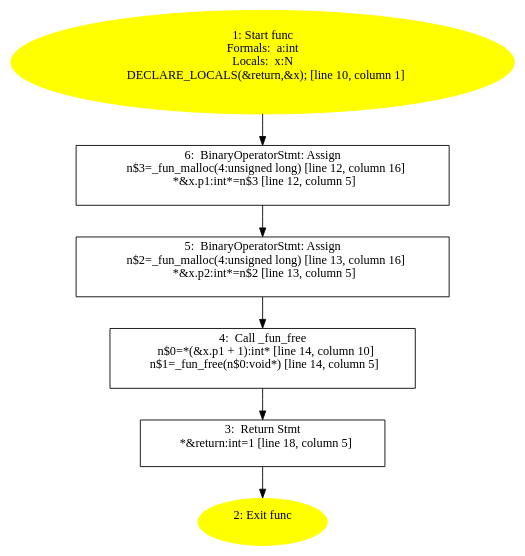
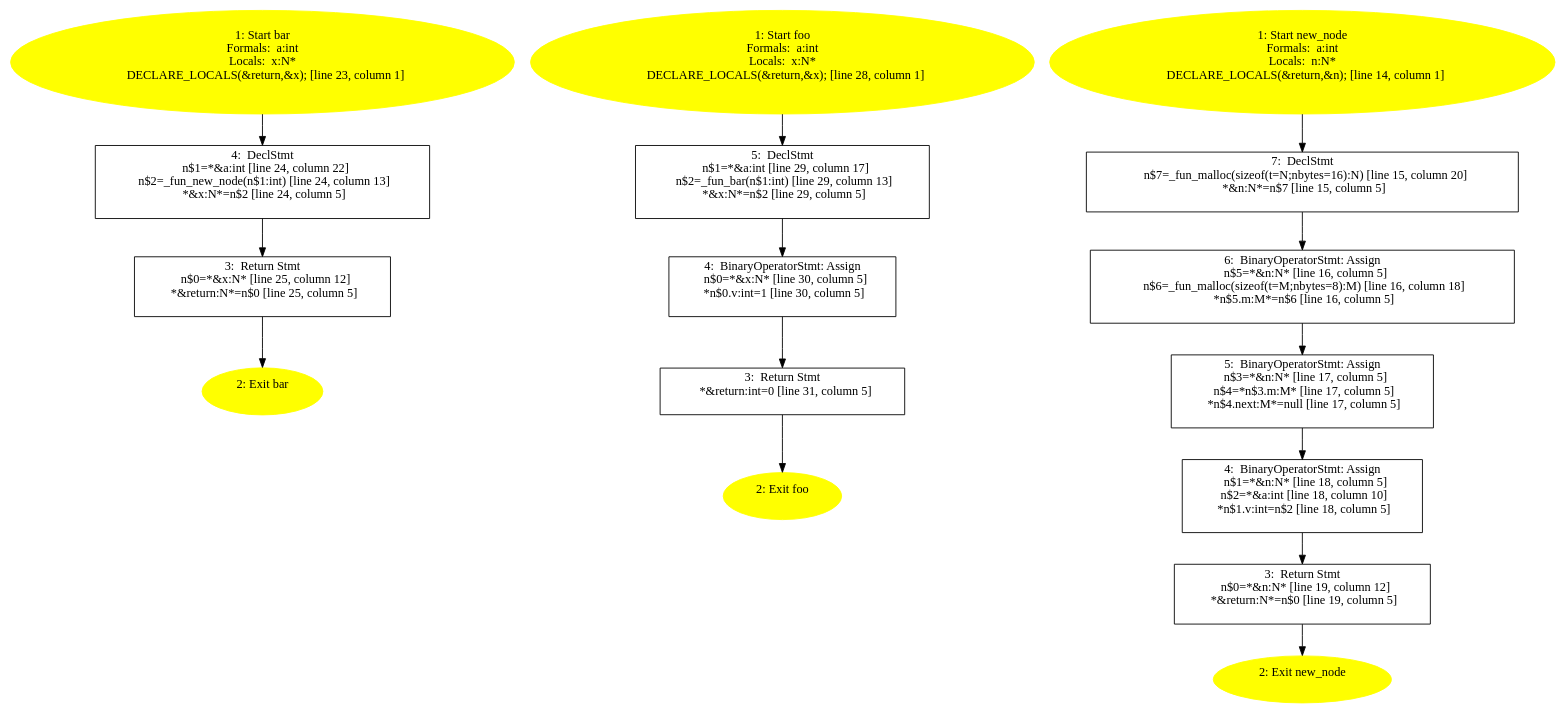
One commit to QIANZECHANG/MyResearch changed the diagram in synthesis_program/test3/infer-out/captured/infer.c.a09d2ebaccee92b3d3a91f3dbe3284ad/icfg.dot. Above: the diagram before and after it, drawn with Graphviz. The commit also changed 552 other files, not shown here.

```diff
--- a/synthesis_program/test3/infer-out/captured/infer.c.a09d2ebaccee92b3d3a91f3dbe3284ad/icfg.dot
+++ b/synthesis_program/test3/infer-out/captured/infer.c.a09d2ebaccee92b3d3a91f3dbe3284ad/icfg.dot
@@ -1,26 +1,64 @@
 /* @generated */
 digraph cfg {
-"func.7df4935f4a5a2865191ef74f64df8754_1" [label="1: Start func\nFormals:  a:int\nLocals:  x:N \n   DECLARE_LOCALS(&return,&x); [line 10, column 1]\n " color=yellow style=filled]
+"bar.37b51d194a7513e45b56f6524f2d51f2_1" [label="1: Start bar\nFormals:  a:int\nLocals:  x:N* \n   DECLARE_LOCALS(&return,&x); [line 23, column 1]\n " color=yellow style=filled]
 	
 
-	 "func.7df4935f4a5a2865191ef74f64df8754_1" -> "func.7df4935f4a5a2865191ef74f64df8754_6" ;
-"func.7df4935f4a5a2865191ef74f64df8754_2" [label="2: Exit func \n  " color=yellow style=filled]
+	 "bar.37b51d194a7513e45b56f6524f2d51f2_1" -> "bar.37b51d194a7513e45b56f6524f2d51f2_4" ;
+"bar.37b51d194a7513e45b56f6524f2d51f2_2" [label="2: Exit bar \n  " color=yellow style=filled]
 	
 
-"func.7df4935f4a5a2865191ef74f64df8754_3" [label="3:  Return Stmt \n   *&return:int=1 [line 18, column 5]\n " shape="box"]
+"bar.37b51d194a7513e45b56f6524f2d51f2_3" [label="3:  Return Stmt \n   n$0=*&x:N* [line 25, column 12]\n  *&return:N*=n$0 [line 25, column 5]\n " shape="box"]
 	
 
-	 "func.7df4935f4a5a2865191ef74f64df8754_3" -> "func.7df4935f4a5a2865191ef74f64df8754_2" ;
-"func.7df4935f4a5a2865191ef74f64df8754_4" [label="4:  Call _fun_free \n   n$0=*(&x.p1 + 1):int* [line 14, column 10]\n  n$1=_fun_free(n$0:void*) [line 14, column 5]\n " shape="box"]
+	 "bar.37b51d194a7513e45b56f6524f2d51f2_3" -> "bar.37b51d194a7513e45b56f6524f2d51f2_2" ;
+"bar.37b51d194a7513e45b56f6524f2d51f2_4" [label="4:  DeclStmt \n   n$1=*&a:int [line 24, column 22]\n  n$2=_fun_new_node(n$1:int) [line 24, column 13]\n  *&x:N*=n$2 [line 24, column 5]\n " shape="box"]
 	
 
-	 "func.7df4935f4a5a2865191ef74f64df8754_4" -> "func.7df4935f4a5a2865191ef74f64df8754_3" ;
-"func.7df4935f4a5a2865191ef74f64df8754_5" [label="5:  BinaryOperatorStmt: Assign \n   n$2=_fun_malloc(4:unsigned long) [line 13, column 16]\n  *&x.p2:int*=n$2 [line 13, column 5]\n " shape="box"]
+	 "bar.37b51d194a7513e45b56f6524f2d51f2_4" -> "bar.37b51d194a7513e45b56f6524f2d51f2_3" ;
+"foo.acbd18db4cc2f85cedef654fccc4a4d8_1" [label="1: Start foo\nFormals:  a:int\nLocals:  x:N* \n   DECLARE_LOCALS(&return,&x); [line 28, column 1]\n " color=yellow style=filled]
 	
 
-	 "func.7df4935f4a5a2865191ef74f64df8754_5" -> "func.7df4935f4a5a2865191ef74f64df8754_4" ;
-"func.7df4935f4a5a2865191ef74f64df8754_6" [label="6:  BinaryOperatorStmt: Assign \n   n$3=_fun_malloc(4:unsigned long) [line 12, column 16]\n  *&x.p1:int*=n$3 [line 12, column 5]\n " shape="box"]
+	 "foo.acbd18db4cc2f85cedef654fccc4a4d8_1" -> "foo.acbd18db4cc2f85cedef654fccc4a4d8_5" ;
+"foo.acbd18db4cc2f85cedef654fccc4a4d8_2" [label="2: Exit foo \n  " color=yellow style=filled]
 	
 
-	 "func.7df4935f4a5a2865191ef74f64df8754_6" -> "func.7df4935f4a5a2865191ef74f64df8754_5" ;
+"foo.acbd18db4cc2f85cedef654fccc4a4d8_3" [label="3:  Return Stmt \n   *&return:int=0 [line 31, column 5]\n " shape="box"]
+	
+
+	 "foo.acbd18db4cc2f85cedef654fccc4a4d8_3" -> "foo.acbd18db4cc2f85cedef654fccc4a4d8_2" ;
+"foo.acbd18db4cc2f85cedef654fccc4a4d8_4" [label="4:  BinaryOperatorStmt: Assign \n   n$0=*&x:N* [line 30, column 5]\n  *n$0.v:int=1 [line 30, column 5]\n " shape="box"]
+	
+
+	 "foo.acbd18db4cc2f85cedef654fccc4a4d8_4" -> "foo.acbd18db4cc2f85cedef654fccc4a4d8_3" ;
+"foo.acbd18db4cc2f85cedef654fccc4a4d8_5" [label="5:  DeclStmt \n   n$1=*&a:int [line 29, column 17]\n  n$2=_fun_bar(n$1:int) [line 29, column 13]\n  *&x:N*=n$2 [line 29, column 5]\n " shape="box"]
+	
+
+	 "foo.acbd18db4cc2f85cedef654fccc4a4d8_5" -> "foo.acbd18db4cc2f85cedef654fccc4a4d8_4" ;
+"new_node.7e7effa0cd46941b84d179a3877aede3_1" [label="1: Start new_node\nFormals:  a:int\nLocals:  n:N* \n   DECLARE_LOCALS(&return,&n); [line 14, column 1]\n " color=yellow style=filled]
+	
+
+	 "new_node.7e7effa0cd46941b84d179a3877aede3_1" -> "new_node.7e7effa0cd46941b84d179a3877aede3_7" ;
+"new_node.7e7effa0cd46941b84d179a3877aede3_2" [label="2: Exit new_node \n  " color=yellow style=filled]
+	
+
+"new_node.7e7effa0cd46941b84d179a3877aede3_3" [label="3:  Return Stmt \n   n$0=*&n:N* [line 19, column 12]\n  *&return:N*=n$0 [line 19, column 5]\n " shape="box"]
+	
+
+	 "new_node.7e7effa0cd46941b84d179a3877aede3_3" -> "new_node.7e7effa0cd46941b84d179a3877aede3_2" ;
+"new_node.7e7effa0cd46941b84d179a3877aede3_4" [label="4:  BinaryOperatorStmt: Assign \n   n$1=*&n:N* [line 18, column 5]\n  n$2=*&a:int [line 18, column 10]\n  *n$1.v:int=n$2 [line 18, column 5]\n " shape="box"]
+	
+
+	 "new_node.7e7effa0cd46941b84d179a3877aede3_4" -> "new_node.7e7effa0cd46941b84d179a3877aede3_3" ;
+"new_node.7e7effa0cd46941b84d179a3877aede3_5" [label="5:  BinaryOperatorStmt: Assign \n   n$3=*&n:N* [line 17, column 5]\n  n$4=*n$3.m:M* [line 17, column 5]\n  *n$4.next:M*=null [line 17, column 5]\n " shape="box"]
+	
+
+	 "new_node.7e7effa0cd46941b84d179a3877aede3_5" -> "new_node.7e7effa0cd46941b84d179a3877aede3_4" ;
+"new_node.7e7effa0cd46941b84d179a3877aede3_6" [label="6:  BinaryOperatorStmt: Assign \n   n$5=*&n:N* [line 16, column 5]\n  n$6=_fun_malloc(sizeof(t=M;nbytes=8):M) [line 16, column 18]\n  *n$5.m:M*=n$6 [line 16, column 5]\n " shape="box"]
+	
+
+	 "new_node.7e7effa0cd46941b84d179a3877aede3_6" -> "new_node.7e7effa0cd46941b84d179a3877aede3_5" ;
+"new_node.7e7effa0cd46941b84d179a3877aede3_7" [label="7:  DeclStmt \n   n$7=_fun_malloc(sizeof(t=N;nbytes=16):N) [line 15, column 20]\n  *&n:N*=n$7 [line 15, column 5]\n " shape="box"]
+	
+
+	 "new_node.7e7effa0cd46941b84d179a3877aede3_7" -> "new_node.7e7effa0cd46941b84d179a3877aede3_6" ;
 }
```
